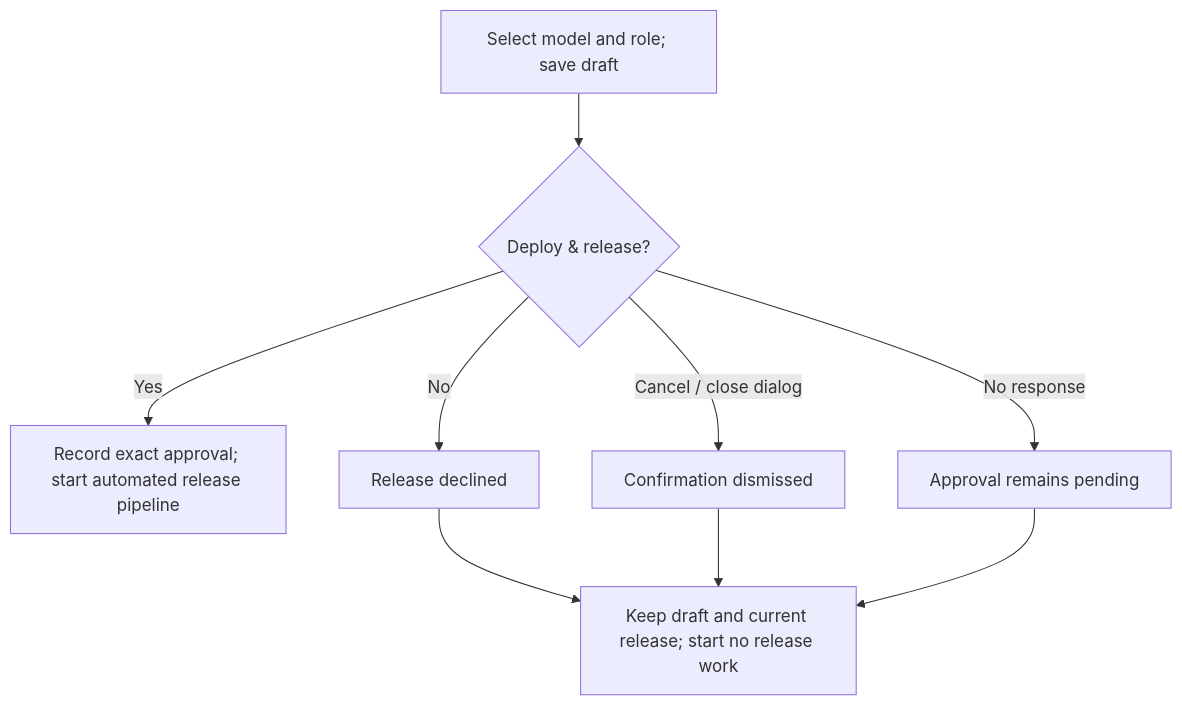
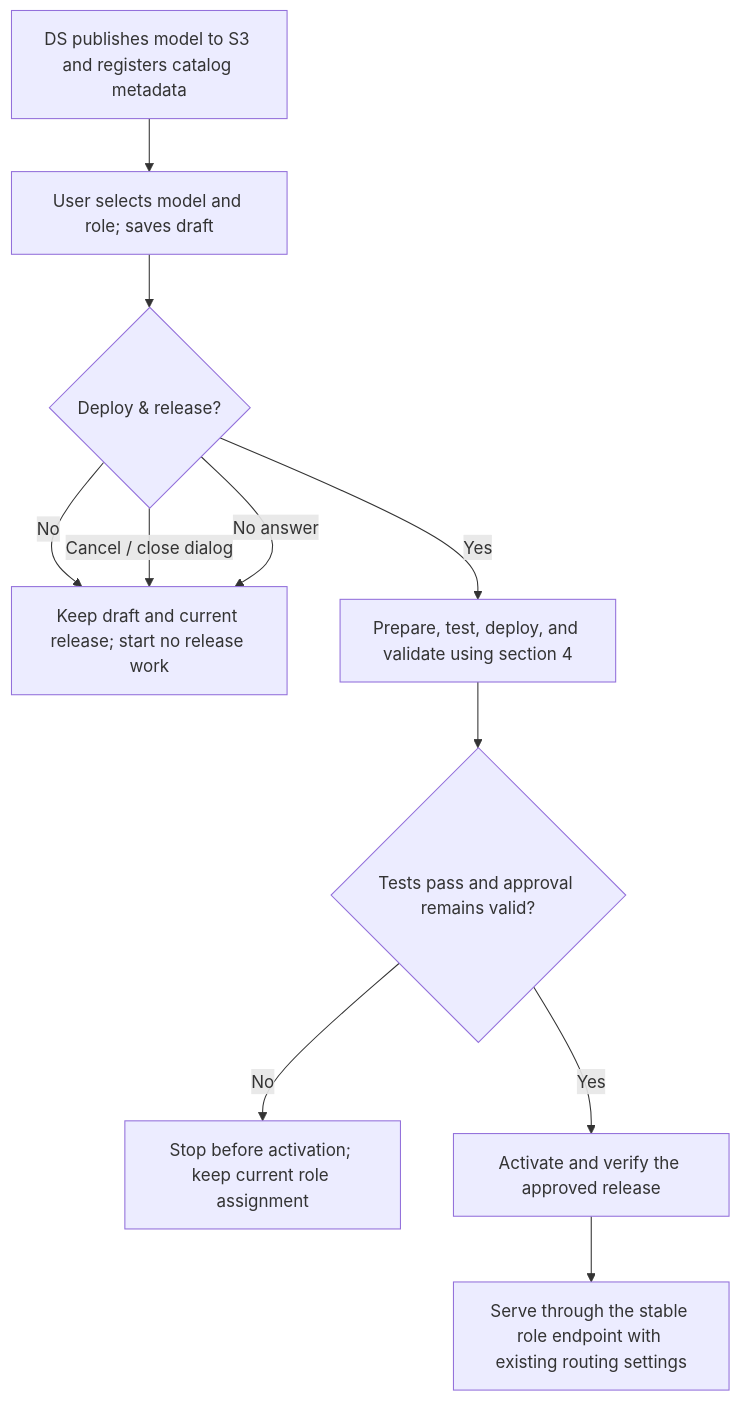
Before and after one commit to mdragomir-taurus/ops-diagrams: the first of 2 diagrams in ncm-implementation-plan-medium.md, drawn with Mermaid. The commit also changed other lines of this file and 2 other files, not shown here.

````diff
--- a/ncm-implementation-plan-medium.md
+++ b/ncm-implementation-plan-medium.md
@@ -48,11 +9,13 @@
 ```mermaid
 flowchart TD
-    Draft["Select model and role; save draft"] --> Confirm{"Deploy & release?"}
-    Confirm -->|"Yes"| Approved["Record exact approval; start automated release pipeline"]
-    Confirm -->|"No"| Declined["Release declined"]
-    Confirm -->|"Cancel / close dialog"| Dismissed["Confirmation dismissed"]
-    Confirm -->|"No response"| Pending["Approval remains pending"]
-    Declined --> Hold["Keep draft and current release; start no release work"]
-    Dismissed --> Hold
-    Pending --> Hold
+    Publish["DS publishes model to S3 and registers catalog metadata"] --> Draft["User selects model and role; saves draft"]
+    Draft --> Confirm{"Deploy & release?"}
+    Confirm -->|"No"| Hold["Keep draft and current release; start no release work"]
+    Confirm -->|"Cancel / close dialog"| Hold
+    Confirm -->|"No answer"| Hold
+    Confirm -->|"Yes"| Release["Prepare, test, deploy, and validate using section 4"]
+    Release --> Checks{"Tests pass and approval remains valid?"}
+    Checks -->|"No"| Stop["Stop before activation; keep current role assignment"]
+    Checks -->|"Yes"| Activate["Activate and verify the approved release"]
+    Activate --> Serve["Serve through the stable role endpoint with existing routing settings"]
 ```
````
